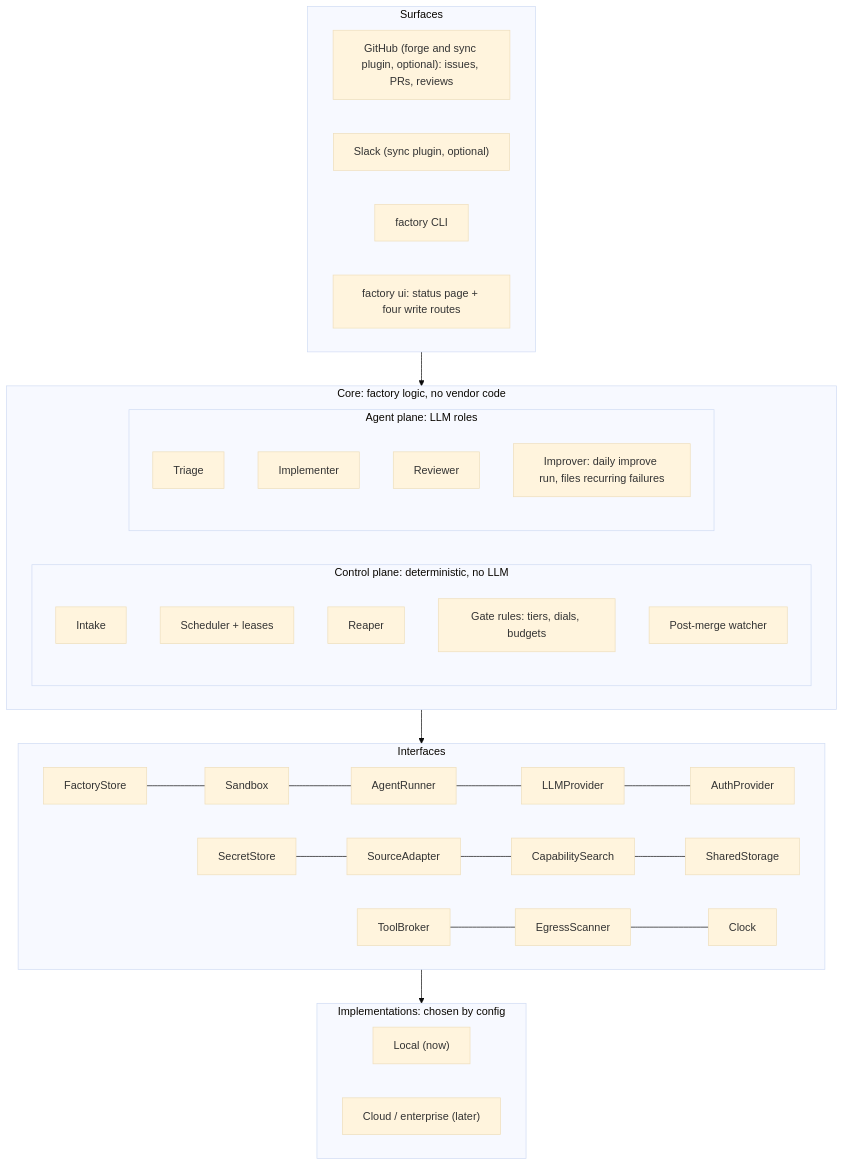
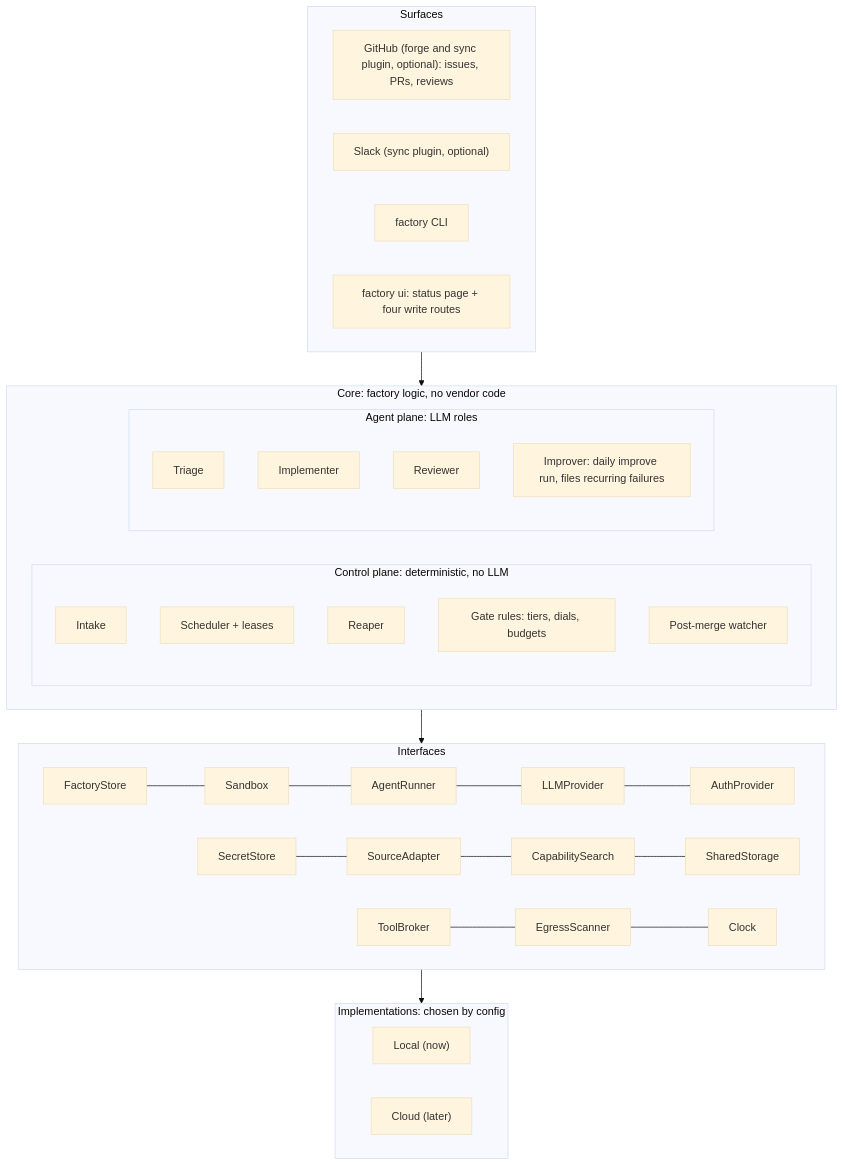
The first of 6 diagrams in docs/architecture.md (seonWKim/software-factory), drawn with Mermaid (base theme) before and after one commit. The commit also changed other lines of this file and 20 other files, not shown here.

Commit message:
Docs: one owner, local first; retire PROGRESS.md into ARCHITECTURE section 7; fix setup sample and design index

````diff
--- a/docs/architecture.md
+++ b/docs/architecture.md
@@ -15,44 +15,44 @@
 ```mermaid
 graph TB
   subgraph SURF["Surfaces"]
     direction LR
     GH["GitHub (forge and sync plugin, optional): issues, PRs, reviews"]
     SL["Slack (sync plugin, optional)"]
     CLI["factory CLI"]
     UI["factory ui: status page + four write routes"]
   end
 
   subgraph CORE["Core: factory logic, no vendor code"]
     direction LR
     subgraph CP["Control plane: deterministic, no LLM"]
       direction TB
       IN["Intake"]
       MG["Scheduler + leases"]
       RP["Reaper"]
       GT["Gate rules: tiers, dials, budgets"]
       PM["Post-merge watcher"]
     end
     subgraph AP["Agent plane: LLM roles"]
       direction TB
       TR["Triage"]
       IM["Implementer"]
       RV["Reviewer"]
       IMP["Improver: daily improve run, files recurring failures"]
     end
   end
 
   subgraph IF["Interfaces"]
     direction LR
     I1["FactoryStore"] --- I2["Sandbox"] --- I3["AgentRunner"] --- I4["LLMProvider"] --- I5["AuthProvider"]
     I6["SecretStore"] --- I7["SourceAdapter"] --- I8["CapabilitySearch"] --- I9["SharedStorage"]
     I10["ToolBroker"] --- I11["EgressScanner"] --- I12["Clock"]
   end
 
   subgraph IMPL["Implementations: chosen by config"]
     direction LR
     LOC["Local (now)"]
-    CLD["Cloud / enterprise (later)"]
+    CLD["Cloud (later)"]
   end
 
   SURF --> CORE --> IF --> IMPL
 ```
````
